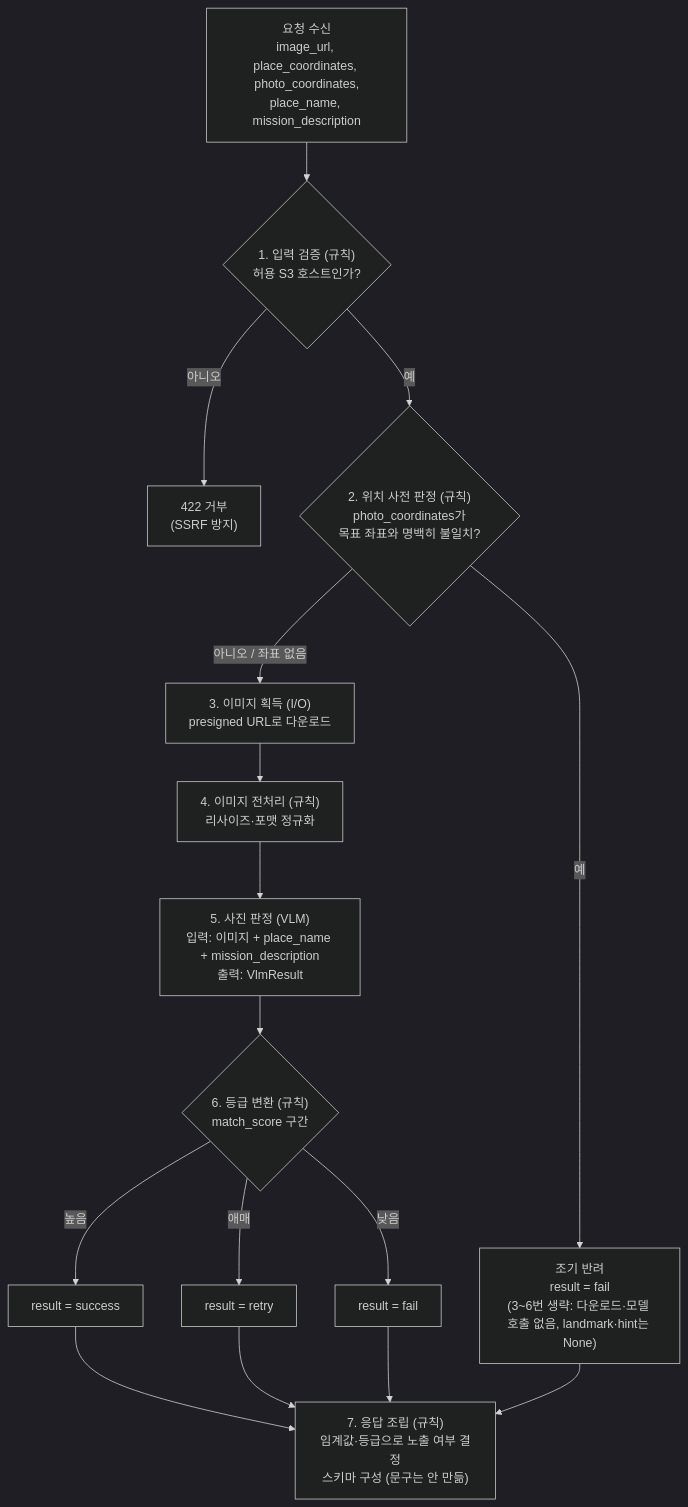
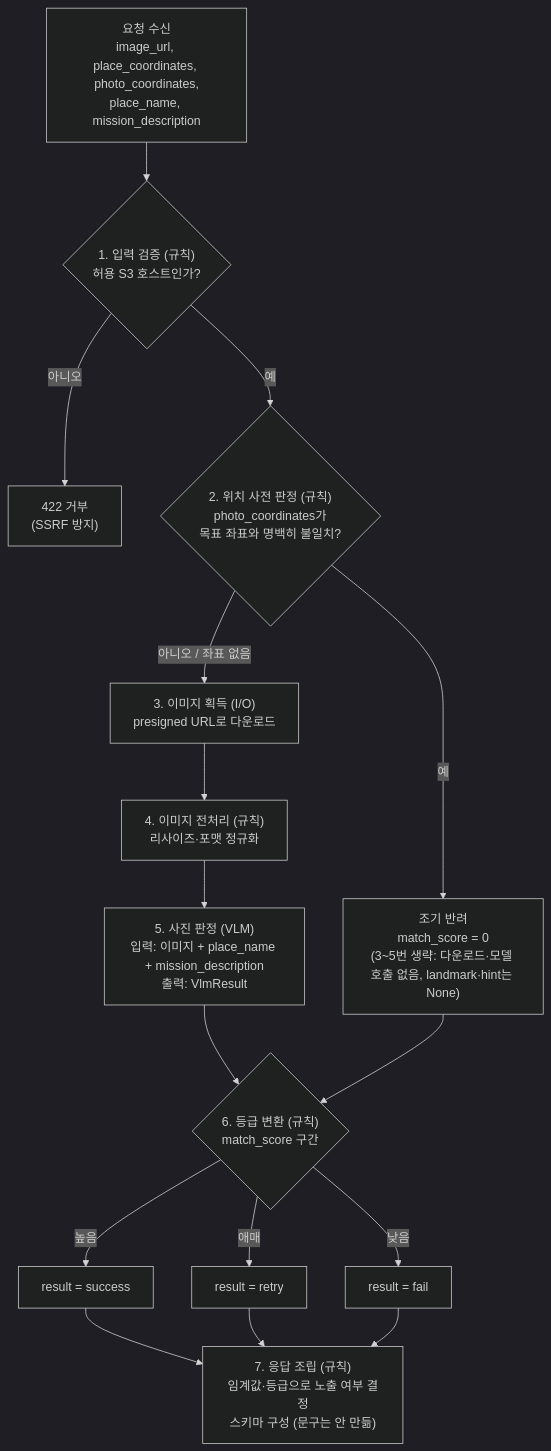
The third of 3 diagrams in docs/weeks_task/02_weeks/04.md (100-hours-a-week/KTB4-20th-AI), drawn with Mermaid (dark theme) before and after one commit. The commit also changed other lines of this file, not shown here.

````diff
--- a/docs/weeks_task/02_weeks/04.md
+++ b/docs/weeks_task/02_weeks/04.md
@@ -355,19 +355,19 @@
 ```mermaid
 flowchart TB
     A["요청 수신<br/>image_url, place_coordinates, photo_coordinates,<br/>place_name, mission_description"]
     A --> S1{"1. 입력 검증 (규칙)<br/>허용 S3 호스트인가?"}
     S1 -- 아니오 --> X["422 거부<br/>(SSRF 방지)"]
     S1 -- 예 --> S2{"2. 위치 사전 판정 (규칙)<br/>photo_coordinates가<br/>목표 좌표와 명백히 불일치?"}
-    S2 -- "예" --> S2a["조기 반려<br/>result = fail<br/>(3~6번 생략: 다운로드·모델 호출 없음, landmark·hint는 None)"]
+    S2 -- "예" --> S2a["조기 반려<br/>match_score = 0<br/>(3~5번 생략: 다운로드·모델 호출 없음, landmark·hint는 None)"]
     S2 -- "아니오 / 좌표 없음" --> S3["3. 이미지 획득 (I/O)<br/>presigned URL로 다운로드"]
     S3 --> S4["4. 이미지 전처리 (규칙)<br/>리사이즈·포맷 정규화"]
     S4 --> S5["5. 사진 판정 (VLM)<br/>입력: 이미지 + place_name + mission_description<br/>출력: VlmResult"]
     S5 --> S6{"6. 등급 변환 (규칙)<br/>match_score 구간"}
     S6 -- "높음" --> S6a["result = success"]
     S6 -- "애매" --> S6b["result = retry"]
     S6 -- "낮음" --> S6c["result = fail"]
     S6a --> S7["7. 응답 조립 (규칙)<br/>임계값·등급으로 노출 여부 결정<br/>스키마 구성 (문구는 안 만듦)"]
     S6b --> S7
     S6c --> S7
-    S2a --> S7
+    S2a --> S6
 ```
````
